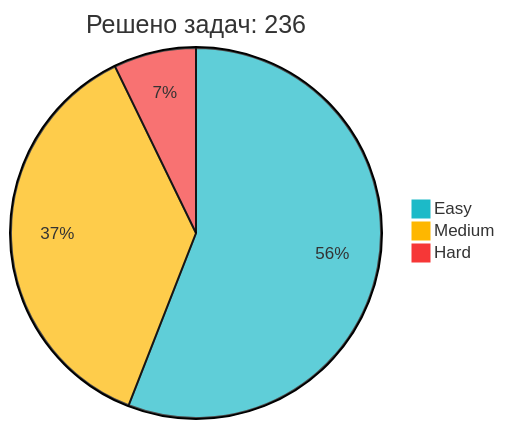
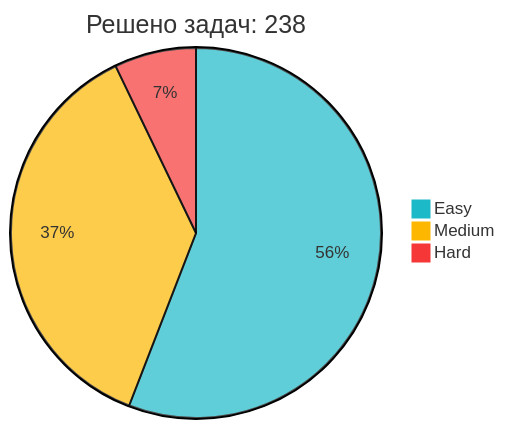
Before and after one commit to IliaKurdukov/IliaKurdukov: the diagram in README.md, drawn with Mermaid. The commit also changed other lines of this file, not shown here.

Commit message:
📈 Обновление статистики LeetCode

````diff
--- a/README.md
+++ b/README.md
@@ -51,7 +51,7 @@
 ```mermaid
 %%{init: {'theme': 'base', 'themeVariables': { 'pie1': '#1CBAC8', 'pie2': '#FEB700', 'pie3': '#F63737' }, 'config': {'width': 300, 'height': 200}}}%%
-pie title Решено задач: 236
-   "Easy" : 132
-   "Medium" : 87
+pie title Решено задач: 238
+   "Easy" : 133
+   "Medium" : 88
    "Hard" : 17
 ```
````
